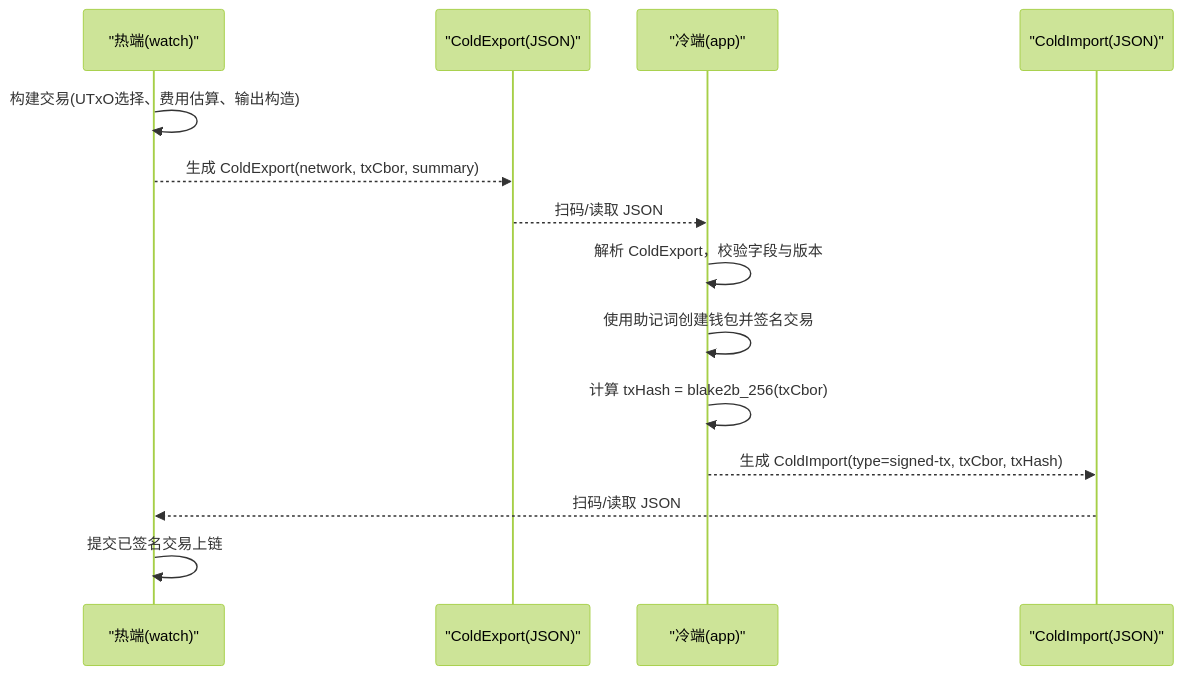
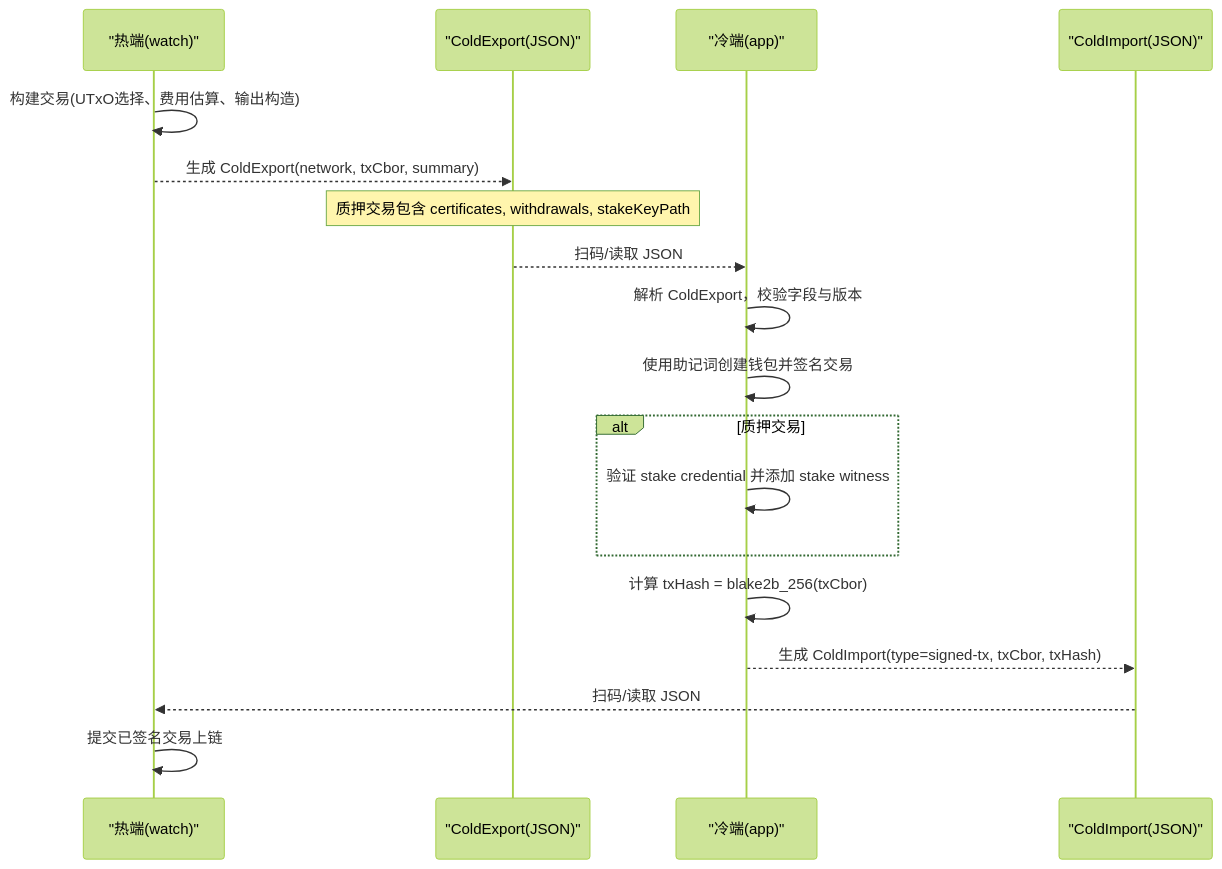
One commit to EqualToEthan/stasis changed the second of 5 diagrams in .qoder/repowiki/zh/content/API参考/数据交换格式.md. Above: the diagram before and after it, drawn with Mermaid (forest theme). The commit also changed other lines of this file and 40 other files, not shown here.

````diff
--- a/.qoder/repowiki/zh/content/API参考/数据交换格式.md
+++ b/.qoder/repowiki/zh/content/API参考/数据交换格式.md
@@ -108,16 +129,20 @@
 ```mermaid
 sequenceDiagram
 participant Watch as "热端(watch)"
 participant Export as "ColdExport(JSON)"
 participant App as "冷端(app)"
 participant Import as "ColdImport(JSON)"
 Watch->>Watch : 构建交易(UTxO选择、费用估算、输出构造)
 Watch-->>Export : 生成 ColdExport(network, txCbor, summary)
+Note over Export : 质押交易包含 certificates, withdrawals, stakeKeyPath
 Export-->>App : 扫码/读取 JSON
 App->>App : 解析 ColdExport，校验字段与版本
 App->>App : 使用助记词创建钱包并签名交易
+Alt 质押交易
+App->>App : 验证 stake credential 并添加 stake witness
+end
 App->>App : 计算 txHash = blake2b_256(txCbor)
 App-->>Import : 生成 ColdImport(type=signed-tx, txCbor, txHash)
 Import-->>Watch : 扫码/读取 JSON
 Watch->>Watch : 提交已签名交易上链
 ```
````
